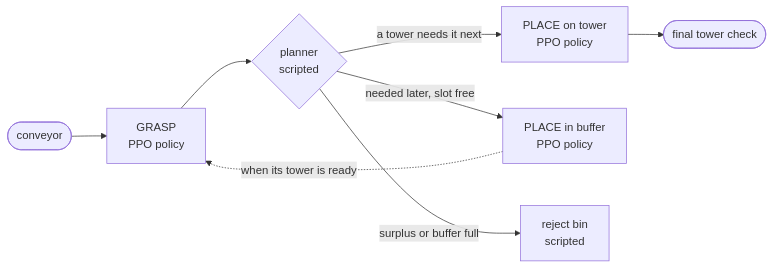
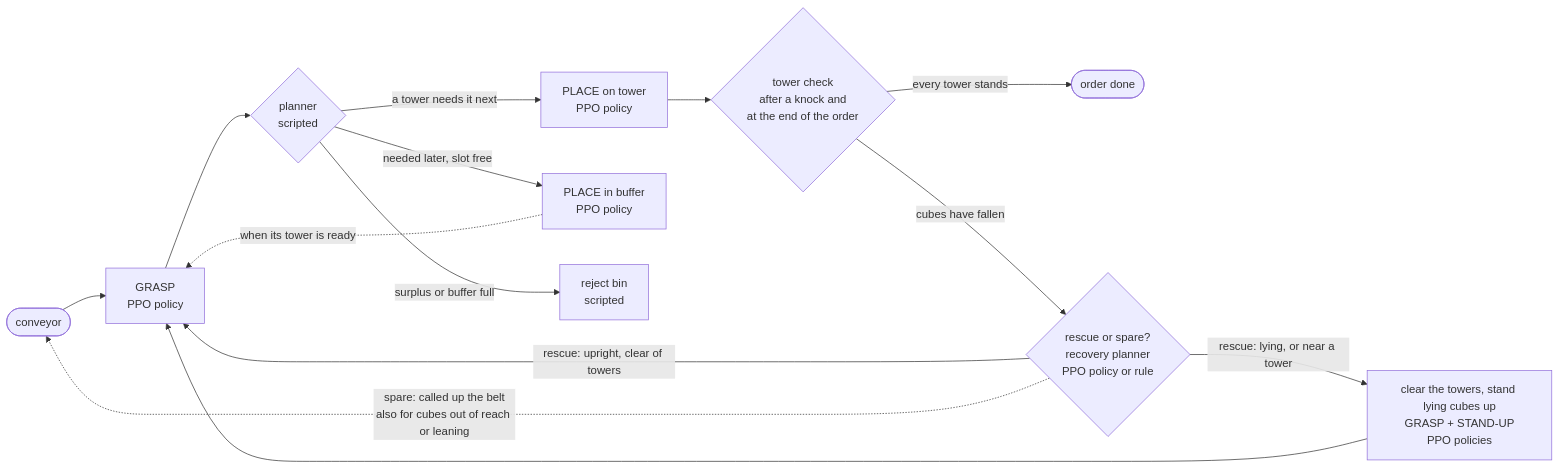
Before and after one commit to Abdullah-Muz/polypanda: the diagram in README.md, drawn with Mermaid. The commit also changed other lines of this file, not shown here.

Commit message:
README: How it works diagram covers the v3 closed loop (tower check, recovery planner, stand-up, spares)

````diff
--- a/README.md
+++ b/README.md
@@ -81,10 +81,16 @@
 ```mermaid
 flowchart LR
     I([conveyor]) --> G[GRASP<br/>PPO policy]
     G --> P{planner<br/>scripted}
     P -- "a tower needs it next" --> T[PLACE on tower<br/>PPO policy]
     P -- "needed later, slot free" --> B[PLACE in buffer<br/>PPO policy]
     P -- "surplus or buffer full" --> R[reject bin<br/>scripted]
     B -. "when its tower is ready" .-> G
-    T --> C([final tower check])
+    T --> C{tower check<br/>after a knock and<br/>at the end of the order}
+    C -- "every tower stands" --> D([order done])
+    C -- "cubes have fallen" --> Q{rescue or spare?<br/>recovery planner<br/>PPO policy or rule}
+    Q -- "rescue: lying, or near a tower" --> S[clear the towers, stand lying cubes up<br/>GRASP + STAND-UP<br/>PPO policies]
+    S --> G
+    Q -- "rescue: upright, clear of towers" --> G
+    Q -. "spare: called up the belt<br/>also for cubes out of reach or leaning" .-> I
 ```
````
